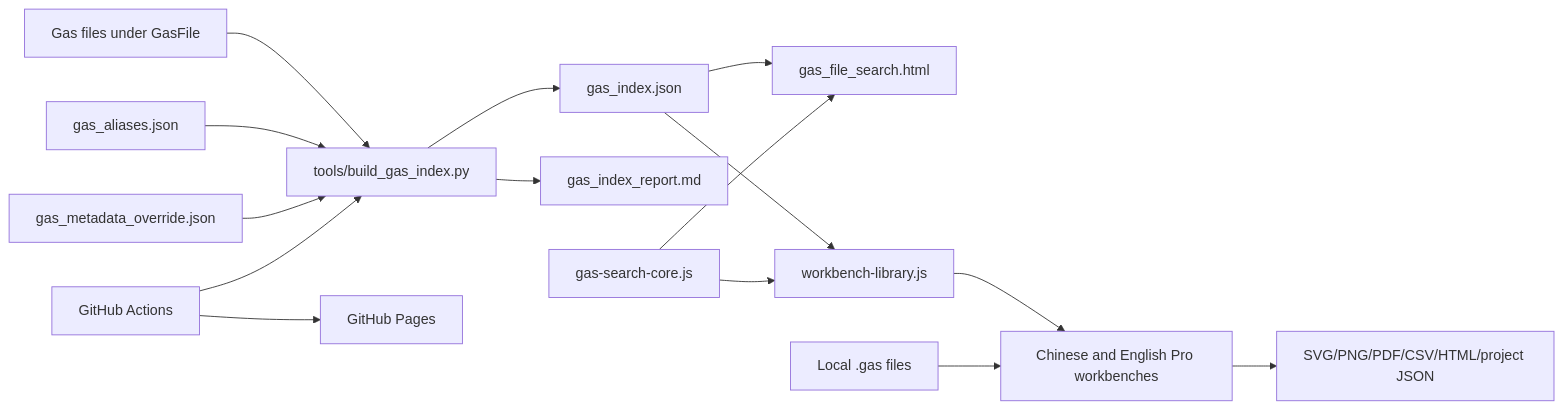
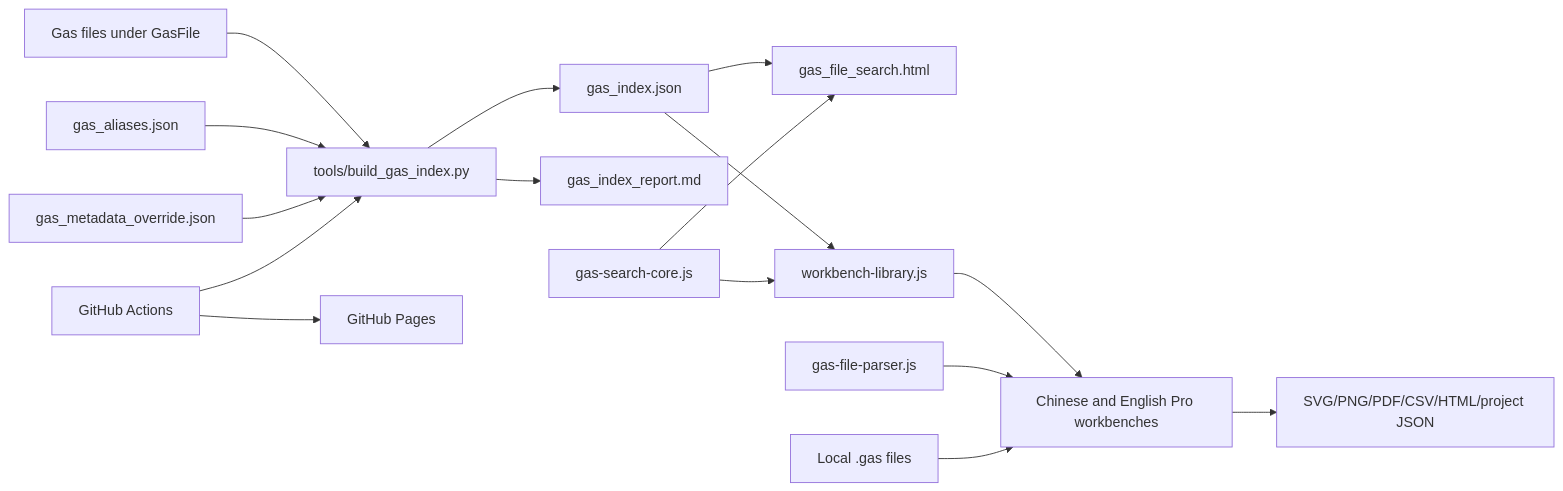
The first of 2 diagrams in Doc/Code_Design_and_Implementation_EN.md (Yiding1998/GasFile_Viewer), drawn with Mermaid before and after one commit. The commit also changed other lines of this file and 18 other files, not shown here.

Commit message:
Share gas parser across localized workbenches

````diff
--- a/Doc/Code_Design_and_Implementation_EN.md
+++ b/Doc/Code_Design_and_Implementation_EN.md
@@ -39,17 +39,18 @@
 ```mermaid
 flowchart LR
     A[Gas files under GasFile] --> B[tools/build_gas_index.py]
     C[gas_aliases.json] --> B
     D[gas_metadata_override.json] --> B
     B --> E[gas_index.json]
     B --> F[gas_index_report.md]
     E --> G[gas_file_search.html]
     E --> H[workbench-library.js]
     I[gas-search-core.js] --> G
     I --> H
     H --> J[Chinese and English Pro workbenches]
+    O[gas-file-parser.js] --> J
     K[Local .gas files] --> J
     J --> L[SVG/PNG/PDF/CSV/HTML/project JSON]
     M[GitHub Actions] --> B
     M --> N[GitHub Pages]
 ```
````
